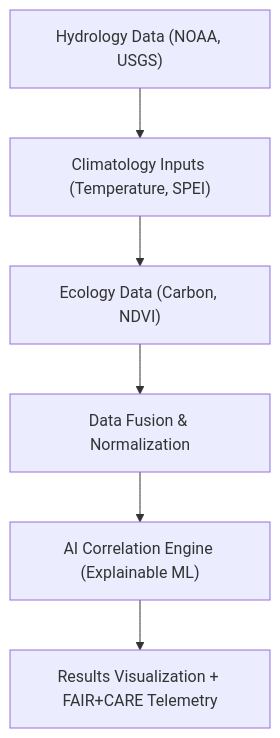
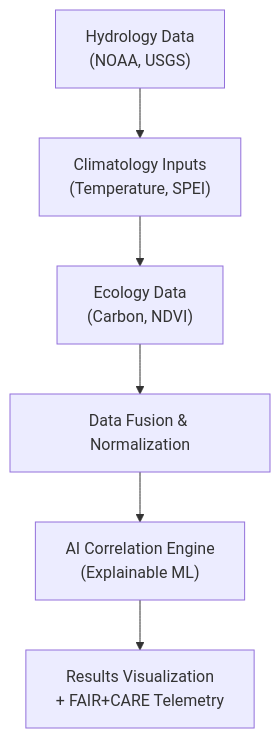
Before and after one commit to bartytime4life/Kansas-Frontier-Matrix: the diagram in docs/analyses/cross-domain/carbon-water-cycles.md, drawn with Mermaid. The commit also changed other lines of this file, not shown here.

````diff
--- a/docs/analyses/cross-domain/carbon-water-cycles.md
+++ b/docs/analyses/cross-domain/carbon-water-cycles.md
@@ -124,8 +342,8 @@
-```mermaid
+~~~mermaid
 flowchart TD
-A["Hydrology Data (NOAA, USGS)"] --> B["Climatology Inputs (Temperature, SPEI)"]
-B --> C["Ecology Data (Carbon, NDVI)"]
-C --> D["Data Fusion & Normalization"]
-D --> E["AI Correlation Engine (Explainable ML)"]
-E --> F["Results Visualization + FAIR+CARE Telemetry"]
-```
+    A["Hydrology Data<br/>(NOAA, USGS)"] --> B["Climatology Inputs<br/>(Temperature, SPEI)"]
+    B --> C["Ecology Data<br/>(Carbon, NDVI)"]
+    C --> D["Data Fusion & Normalization"]
+    D --> E["AI Correlation Engine<br/>(Explainable ML)"]
+    E --> F["Results Visualization<br/>+ FAIR+CARE Telemetry"]
+~~~
````
